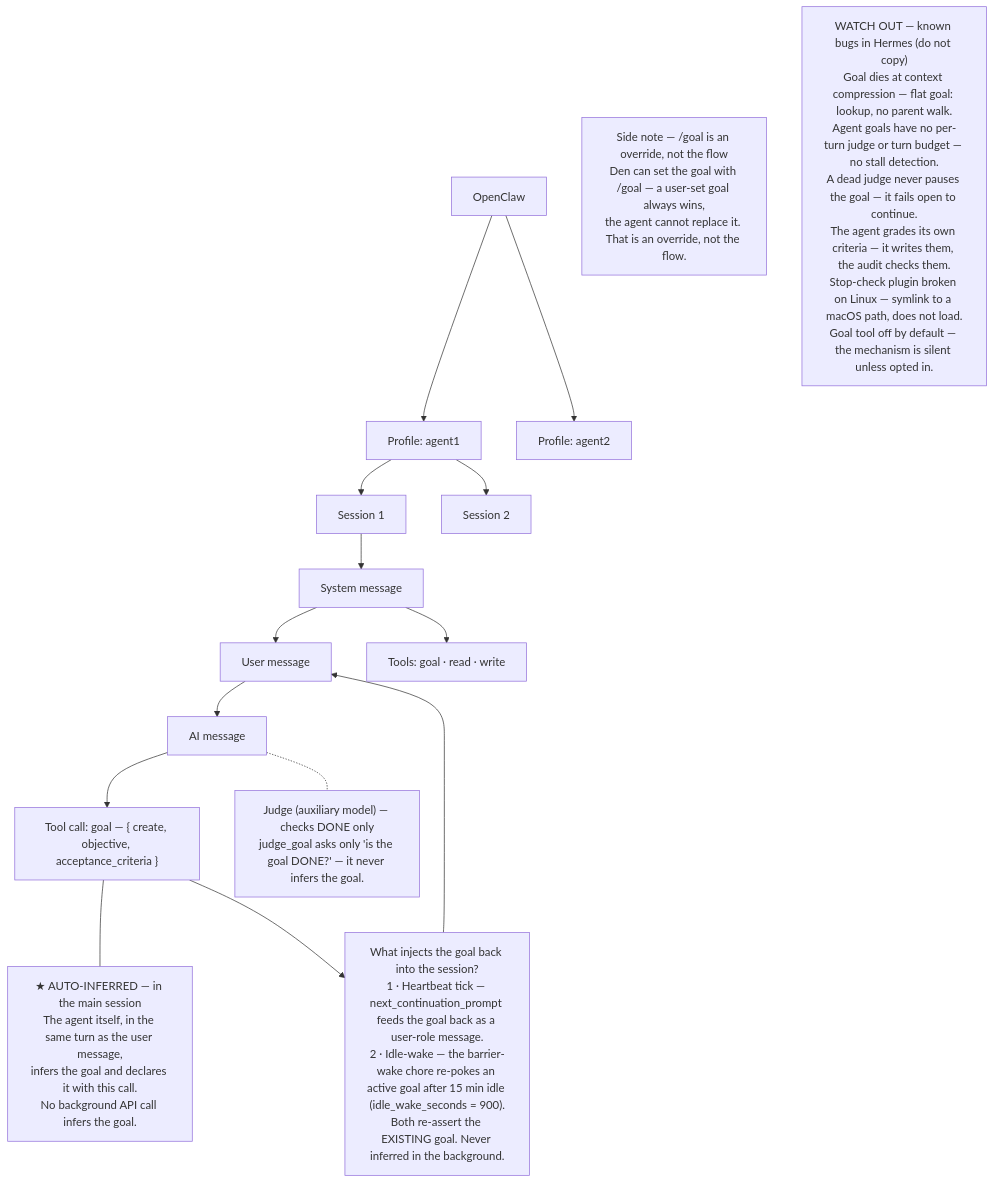
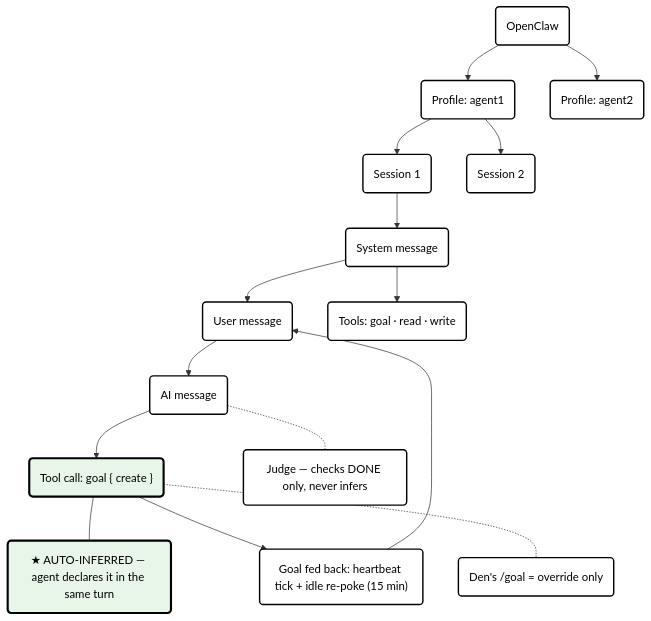
The diagram in diagrams/hermes-goal-mechanism.mmd (dzianisv/goal), drawn with Mermaid before and after one commit. The commit also changed 1 other file, not shown here.

Commit message:
Mermaid: compact + styled to match the PNG (rounded boxes, green highlight, short labels)

```diff
--- a/diagrams/hermes-goal-mechanism.mmd
+++ b/diagrams/hermes-goal-mechanism.mmd
@@ -1,39 +1,41 @@
-%% How the goal works in Hermes — Den's sketch style
-%% NOTE: the PNG (hermes-goal-mechanism.png) is the canonical
-%% readable diagram. Mermaid auto-layouts and does not preserve the
-%% sketch geometry; this file is a text representation of the
-%% same boxes and edges.
+%% How the goal works in Hermes — compact, GitHub-readable.
+%% Styled to match the PNG: plain white boxes, black borders,
+%% green highlight on the auto-inferred goal. The PNG is the
+%% full-detail version (same structure, longer notes).
 %% Read from the code: /home/engineer/.hermes/hermes-agent/
 %% tools/goal_tool.py, hermes_cli/goals.py, agent/prompt_builder.py.
-%% Verified 2026-11-15. Source of truth: gen-goal-mechanism-diagrams.py.
+%% Verified 2026-11-15. Detail lives in hermes-goal-mechanism.md.
 
 flowchart TD
-    OC["OpenClaw"]
-    P1["Profile: agent1"]
-    P2["Profile: agent2"]
-    S1["Session 1"]
-    S2["Session 2"]
-    SYS["System message"]
-    USR["User message"]
-    AI["AI message"]
-    CALL["Tool call: goal — { create, objective, acceptance_criteria }"]
-    TOOLS["Tools: goal · read · write"]
-    INFER["★ AUTO-INFERRED — in the main session\nThe agent itself, in the same turn as the user message,\ninfers the goal and declares it with this call.\nNo background API call infers the goal."]
-    JUDGE["Judge (auxiliary model) — checks DONE only\njudge_goal asks only 'is the goal DONE?' — it never infers the goal."]
-    INJ["What injects the goal back into the session?\n1 · Heartbeat tick — next_continuation_prompt feeds the goal back as a user-role message.\n2 · Idle-wake — the barrier-wake chore re-pokes an active goal after 15 min idle (idle_wake_seconds = 900).\nBoth re-assert the EXISTING goal. Never inferred in the background."]
-    OVER["Side note — /goal is an override, not the flow\nDen can set the goal with /goal — a user-set goal always wins,\nthe agent cannot replace it. That is an override, not the flow."]
-    WATCH["WATCH OUT — known bugs in Hermes (do not copy)\nGoal dies at context compression — flat goal:<session_id> lookup, no parent walk.\nAgent goals have no per-turn judge or turn budget — no stall detection.\nA dead judge never pauses the goal — it fails open to continue.\nThe agent grades its own criteria — it writes them, the audit checks them.\nStop-check plugin broken on Linux — symlink to a macOS path, does not load.\nGoal tool off by default — the mechanism is silent unless opted in."]
+    classDef plain fill:#fff,stroke:#000,stroke-width:2px,color:#000
+    classDef hl fill:#e8f5e9,stroke:#000,stroke-width:3px,color:#000
+
+    OC("OpenClaw"):::plain
+    P1("Profile: agent1"):::plain
+    P2("Profile: agent2"):::plain
+    S1("Session 1"):::plain
+    S2("Session 2"):::plain
+    SYS("System message"):::plain
+    USR("User message"):::plain
+    AI("AI message"):::plain
+    CALL("Tool call: goal { create }"):::hl
+    TOOLS("Tools: goal · read · write"):::plain
+    INFER("★ AUTO-INFERRED — agent declares it in the same turn"):::hl
+    JUDGE("Judge — checks DONE only, never infers"):::plain
+    INJ("Goal fed back: heartbeat tick + idle re-poke (15 min)"):::plain
+    OVER("Den's /goal = override only"):::plain
 
     OC --> P1
     OC --> P2
     P1 --> S1
     P1 --> S2
     S1 --> SYS
     SYS --> USR
     USR --> AI
     AI --> CALL
     SYS --> TOOLS
     CALL --- INFER
     AI -.- JUDGE
+    INJ --> USR
     CALL --> INJ
-    INJ --> USR
+    CALL -.- OVER
```
